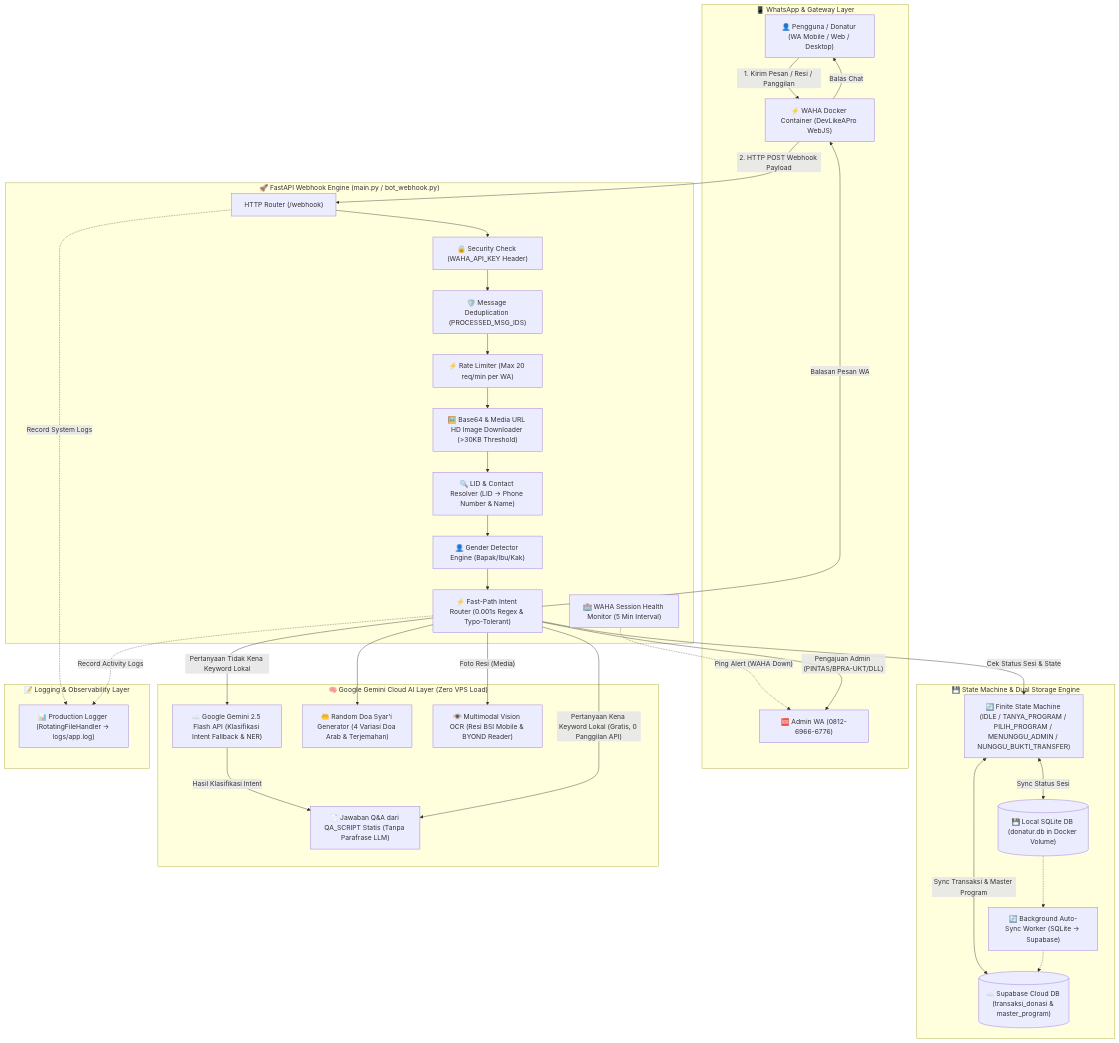
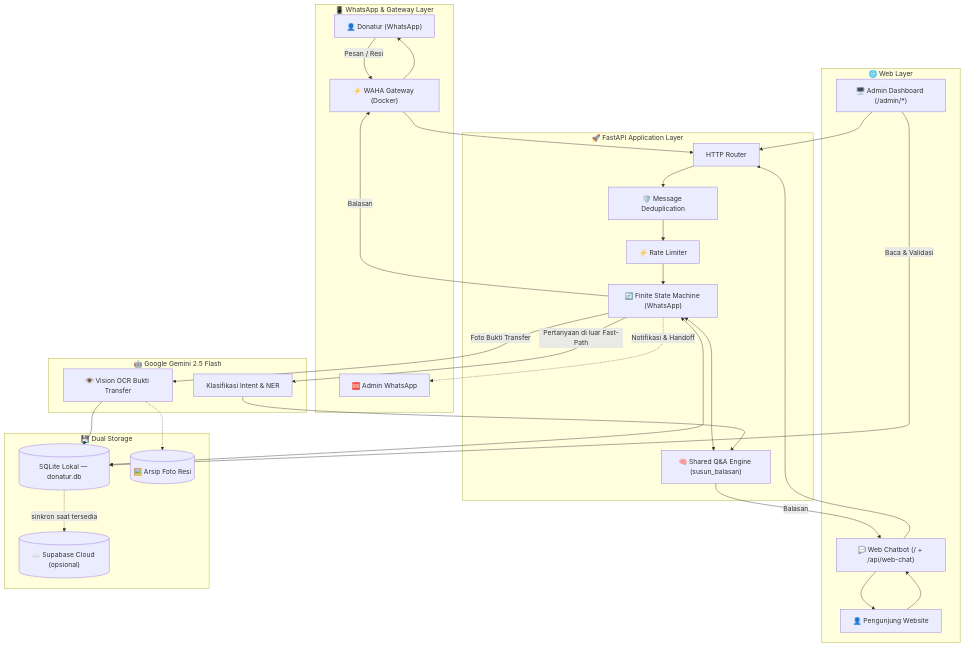
The diagram in README.md (WafiJackson/Chatbot_Rumah_Amal), drawn with Mermaid before and after one commit. The commit also changed other lines of this file and 14 other files, not shown here.

````diff
--- a/README.md
+++ b/README.md
@@ -11,68 +55,53 @@
 ```mermaid
 flowchart TD
     subgraph WA_Layer ["📱 WhatsApp & Gateway Layer"]
-        User["👤 Pengguna / Donatur (WA Mobile / Web / Desktop)"]
-        WAHA["⚡ WAHA Docker Container (DevLikeAPro WebJS)"]
-        AdminWA["🆘 Admin WA (0812-6966-6776)"]
+        User["👤 Donatur (WhatsApp)"]
+        WAHA["⚡ WAHA Gateway (Docker)"]
+        AdminWA["🆘 Admin WhatsApp"]
     end
 
-    subgraph App_Layer ["🚀 FastAPI Webhook Engine (main.py / bot_webhook.py)"]
-        Router["HTTP Router (/webhook)"]
-        AuthCheck["🔒 Security Check (WAHA_API_KEY Header)"]
-        Deduplication["🛡️ Message Deduplication (PROCESSED_MSG_IDS)"]
-        RateLimiter["⚡ Rate Limiter (Max 20 req/min per WA)"]
-        GenderEngine["👤 Gender Detector Engine (Bapak/Ibu/Kak)"]
-        MediaDecoder["🖼️ Base64 & Media URL HD Image Downloader (>30KB Threshold)"]
-        LIDResolver["🔍 LID & Contact Resolver (LID -> Phone Number & Name)"]
-        FastPath["⚡ Fast-Path Intent Router (0.001s Regex & Typo-Tolerant)"]
-        HealthCheck["🏥 WAHA Session Health Monitor (5 Min Interval)"]
+    subgraph Web_Layer ["🌐 Web Layer"]
+        Visitor["👤 Pengunjung Website"]
+        WebChat["💬 Web Chatbot (/ + /api/web-chat)"]
+        AdminPanel["🖥️ Admin Dashboard (/admin/*)"]
     end
 
-    subgraph State_Layer ["💾 State Machine & Dual Storage Engine"]
-        FSM["🔄 Finite State Machine (IDLE / TANYA_PROGRAM / PILIH_PROGRAM / MENUNGGU_ADMIN / NUNGGU_BUKTI_TRANSFER)"]
-        SQLiteDB[("💾 Local SQLite DB (donatur.db in Docker Volume)")]
-        SupabaseDB[("☁️ Supabase Cloud DB (transaksi_donasi & master_program)")]
-        AutoSync["🔄 Background Auto-Sync Worker (SQLite -> Supabase)"]
+    subgraph App_Layer ["🚀 FastAPI Application Layer"]
+        Router["HTTP Router"]
+        Dedup["🛡️ Message Deduplication"]
+        RateLimiter["⚡ Rate Limiter"]
+        FSM["🔄 Finite State Machine (WhatsApp)"]
+        QAEngine["🧠 Shared Q&A Engine (susun_balasan)"]
     end
 
-    subgraph AI_Layer ["🧠 Google Gemini Cloud AI Layer (Zero VPS Load)"]
-        GeminiAPI["☁️ Google Gemini 2.5 Flash API (Klasifikasi Intent Fallback & NER)"]
-        StaticQA["📄 Jawaban Q&A dari QA_SCRIPT Statis (Tanpa Parafrase LLM)"]
-        DoaGen["🤲 Random Doa Syar'i Generator (4 Variasi Doa Arab & Terjemahan)"]
-        VisionOCR["👁️ Multimodal Vision OCR (Resi BSI Mobile & BYOND Reader)"]
+    subgraph AI_Layer ["🤖 Google Gemini 2.5 Flash"]
+        Intent["Klasifikasi Intent & NER"]
+        VisionOCR["👁️ Vision OCR Bukti Transfer"]
     end
 
-    subgraph Log_Layer ["📝 Logging & Observability Layer"]
-        ProdLogger["📊 Production Logger (RotatingFileHandler -> logs/app.log)"]
+    subgraph Data_Layer ["💾 Dual Storage"]
+        SQLite[("SQLite Lokal — donatur.db")]
+        Supabase[("☁️ Supabase Cloud (opsional)")]
+        ResiFiles[("🖼️ Arsip Foto Resi")]
     end
 
-    User -->|"1. Kirim Pesan / Resi / Panggilan"| WAHA
-    WAHA -->|"2. HTTP POST Webhook Payload"| Router
-    Router --> AuthCheck
-    AuthCheck --> Deduplication
-    Deduplication --> RateLimiter
-    RateLimiter --> MediaDecoder
-    MediaDecoder --> LIDResolver
-    LIDResolver --> GenderEngine
-    GenderEngine --> FastPath
+    User -->|Pesan / Resi| WAHA --> Router
+    Visitor --> WebChat --> Router
+    AdminPanel --> Router
 
-    FastPath -->|"Cek Status Sesi & State"| FSM
-    FSM <-->|"Sync Status Sesi"| SQLiteDB
-    FSM <-->|"Sync Transaksi & Master Program"| SupabaseDB
-    SQLiteDB -.-> AutoSync
-    AutoSync -.-> SupabaseDB
+    Router --> Dedup --> RateLimiter --> FSM
+    FSM <--> QAEngine
+    FSM -->|Pertanyaan di luar Fast-Path| Intent
+    FSM -->|Foto Bukti Transfer| VisionOCR
+    Intent --> QAEngine
+    VisionOCR --> SQLite
 
-    FastPath -->|"Foto Resi (Media)"| VisionOCR
-    FastPath -->|"Pertanyaan Tidak Kena Keyword Lokal"| GeminiAPI
-    GeminiAPI -->|"Hasil Klasifikasi Intent"| StaticQA
-    FastPath -->|"Pertanyaan Kena Keyword Lokal (Gratis, 0 Panggilan API)"| StaticQA
-    FastPath --> DoaGen
+    FSM <--> SQLite
+    SQLite -.->|sinkron saat tersedia| Supabase
+    VisionOCR -.-> ResiFiles
 
-    HealthCheck -.->|"Ping Alert (WAHA Down)"| AdminWA
-    FastPath -->|"Pengajuan Admin (PINTAS/BPRA-UKT/DLL)"| AdminWA
-    FastPath -->|"Balasan Pesan WA"| WAHA
-    WAHA -->|"Balas Chat"| User
-
-    Router -.->|"Record System Logs"| ProdLogger
-    FastPath -.->|"Record Activity Logs"| ProdLogger
+    FSM -->|Balasan| WAHA --> User
+    QAEngine -->|Balasan| WebChat --> Visitor
+    AdminPanel -->|Baca & Validasi| SQLite
+    FSM -.->|Notifikasi & Handoff| AdminWA
 ```
````
